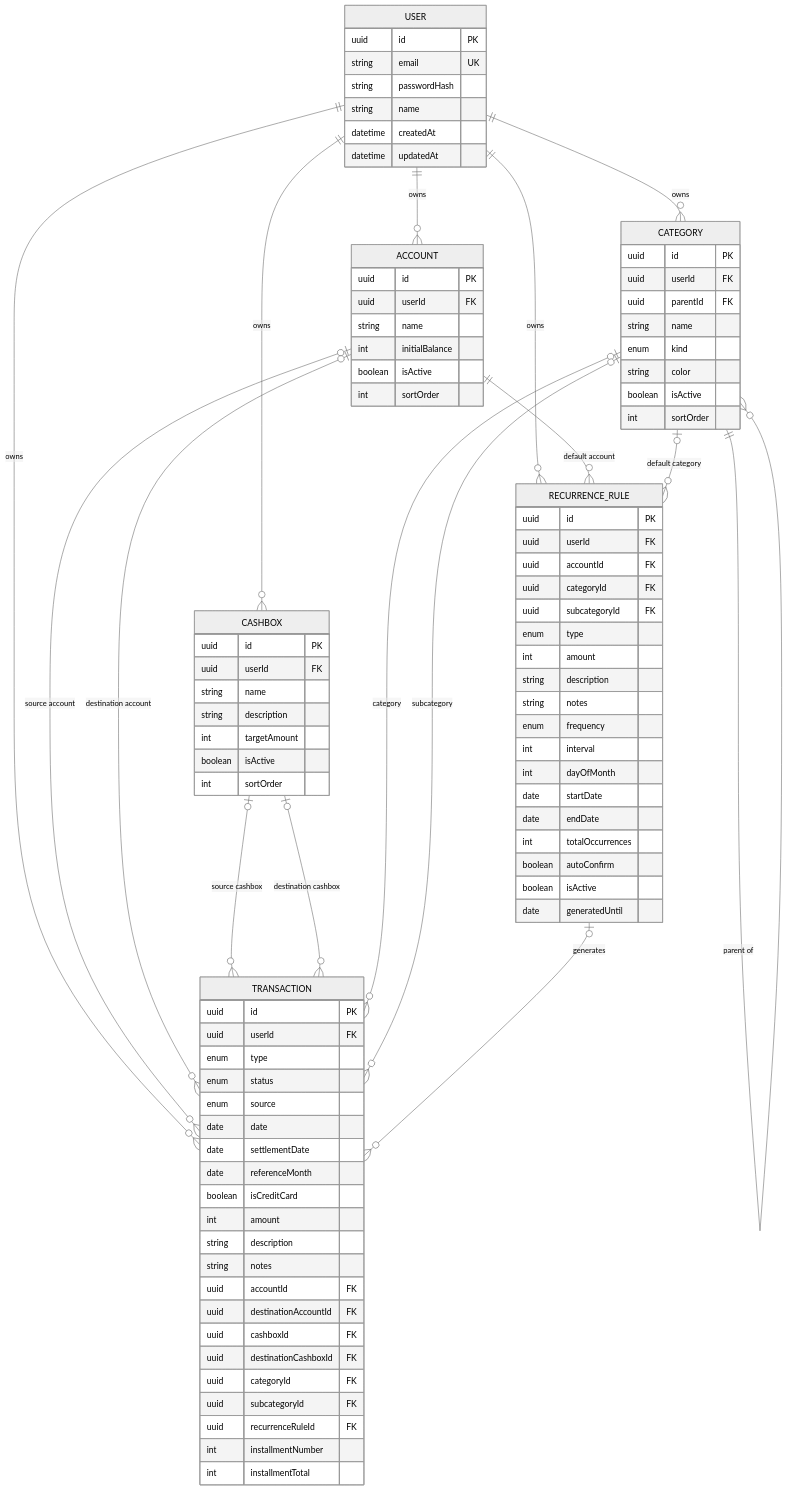
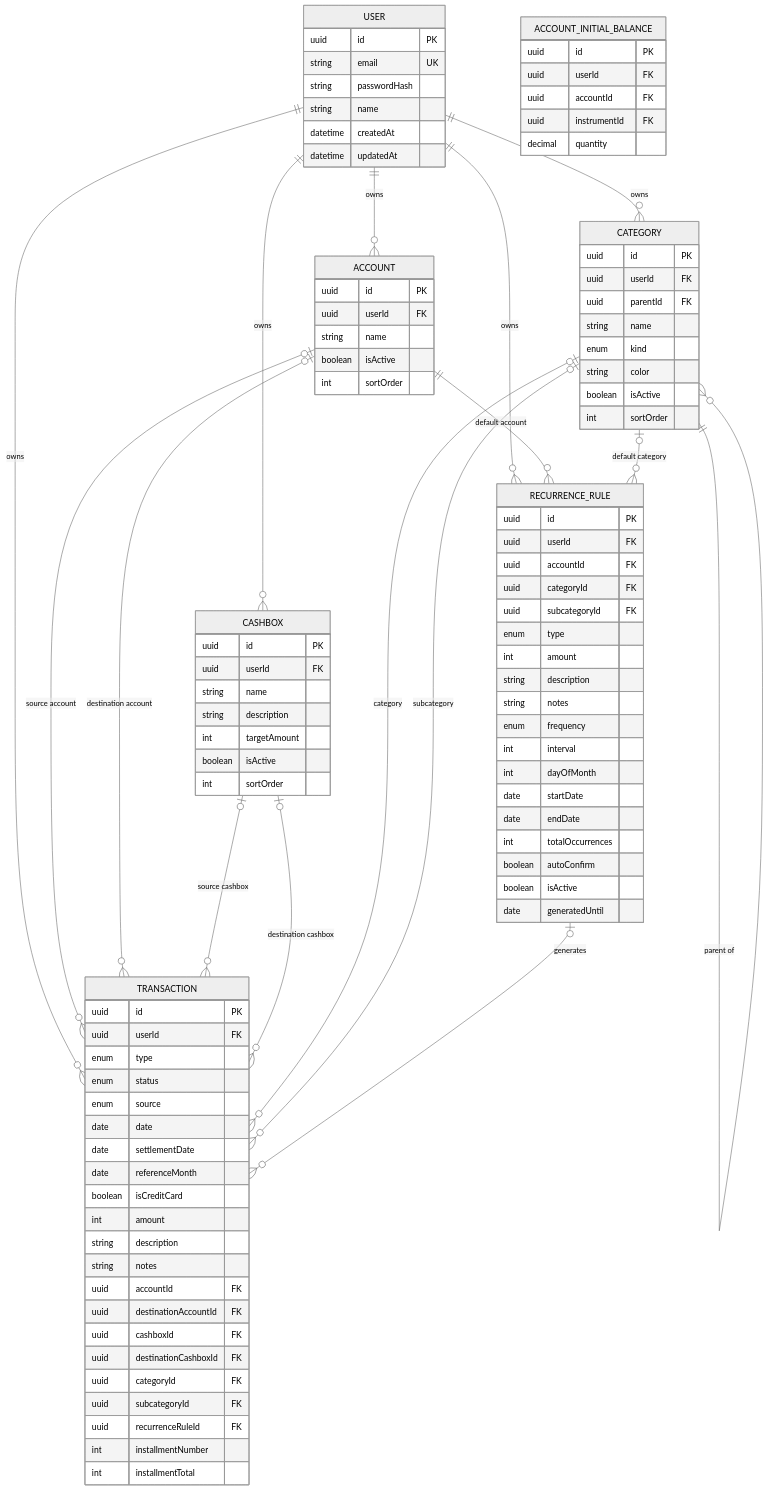
Before and after one commit to lbcoutinho/family-budget-webapp: the diagram in docs/erd.mermaid, drawn with Mermaid (neutral theme). The commit also changed 57 other files, not shown here.

```diff
--- a/docs/erd.mermaid
+++ b/docs/erd.mermaid
@@ -1,103 +1,110 @@
 erDiagram
   USER ||--o{ ACCOUNT : owns
   USER ||--o{ CATEGORY : owns
   USER ||--o{ CASHBOX : owns
   USER ||--o{ TRANSACTION : owns
   USER ||--o{ RECURRENCE_RULE : owns
 
   CATEGORY ||--o{ CATEGORY : "parent of"
 
   ACCOUNT |o--o{ TRANSACTION : "source account"
   ACCOUNT |o--o{ TRANSACTION : "destination account"
   CASHBOX |o--o{ TRANSACTION : "source cashbox"
   CASHBOX |o--o{ TRANSACTION : "destination cashbox"
   CATEGORY |o--o{ TRANSACTION : "category"
   CATEGORY |o--o{ TRANSACTION : "subcategory"
   RECURRENCE_RULE |o--o{ TRANSACTION : "generates"
 
   ACCOUNT ||--o{ RECURRENCE_RULE : "default account"
   CATEGORY |o--o{ RECURRENCE_RULE : "default category"
 
   USER {
     uuid id PK
     string email UK
     string passwordHash
     string name
     datetime createdAt
     datetime updatedAt
   }
 
   ACCOUNT {
     uuid id PK
     uuid userId FK
     string name
-    int initialBalance
     boolean isActive
     int sortOrder
+  }
+
+  ACCOUNT_INITIAL_BALANCE {
+    uuid id PK
+    uuid userId FK
+    uuid accountId FK
+    uuid instrumentId FK
+    decimal quantity
   }
 
   CATEGORY {
     uuid id PK
     uuid userId FK
     uuid parentId FK
     string name
     enum kind
     string color
     boolean isActive
     int sortOrder
   }
 
   CASHBOX {
     uuid id PK
     uuid userId FK
     string name
     string description
     int targetAmount
     boolean isActive
     int sortOrder
   }
 
   TRANSACTION {
     uuid id PK
     uuid userId FK
     enum type
     enum status
     enum source
     date date
     date settlementDate
     date referenceMonth
     boolean isCreditCard
     int amount
     string description
     string notes
     uuid accountId FK
     uuid destinationAccountId FK
     uuid cashboxId FK
     uuid destinationCashboxId FK
     uuid categoryId FK
     uuid subcategoryId FK
     uuid recurrenceRuleId FK
     int installmentNumber
     int installmentTotal
   }
 
   RECURRENCE_RULE {
     uuid id PK
     uuid userId FK
     uuid accountId FK
     uuid categoryId FK
     uuid subcategoryId FK
     enum type
     int amount
     string description
     string notes
     enum frequency
     int interval
     int dayOfMonth
     date startDate
     date endDate
     int totalOccurrences
     boolean autoConfirm
     boolean isActive
     date generatedUntil
   }
```
